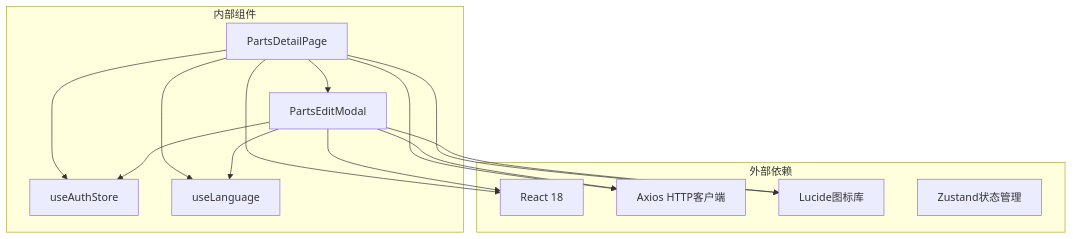
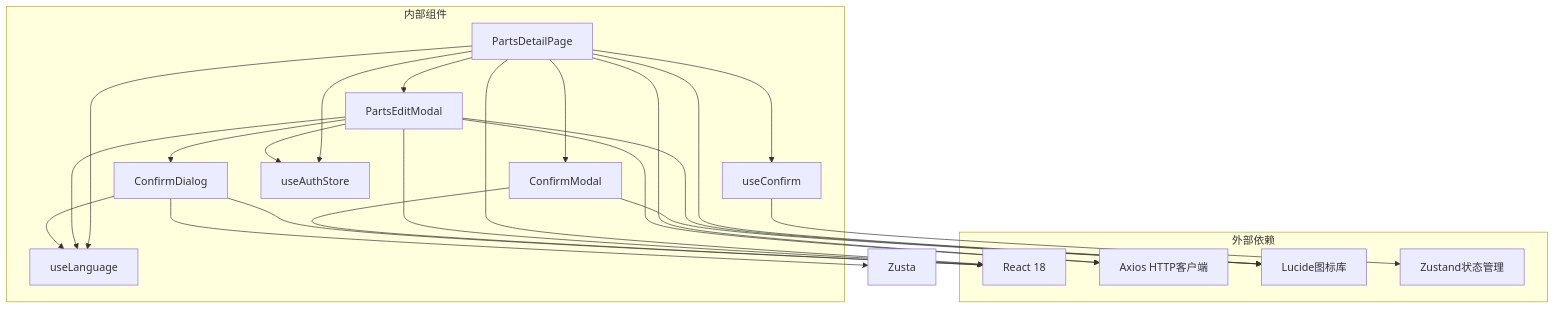
Before and after one commit to CubeEdge/Longhorn: the tenth of 10 diagrams in .qoder/repowiki/zh/content/前端组件架构/配件详情页面组件.md, drawn with Mermaid. The commit also changed other lines of this file and 28 other files, not shown here.

````diff
--- a/.qoder/repowiki/zh/content/前端组件架构/配件详情页面组件.md
+++ b/.qoder/repowiki/zh/content/前端组件架构/配件详情页面组件.md
@@ -257,26 +418,38 @@
 ```mermaid
 graph TB
 subgraph "外部依赖"
 React[React 18]
 Axios[Axios HTTP客户端]
 Lucide[Lucide图标库]
 Zustand[Zustand状态管理]
 end
 subgraph "内部组件"
 PD[PartsDetailPage]
 PEM[PartsEditModal]
+CM[ConfirmModal]
+CD[ConfirmDialog]
+UM[useConfirm]
 AS[useAuthStore]
 LS[useLanguage]
 end
 PD --> React
 PD --> Axios
 PD --> Lucide
 PD --> AS
 PD --> LS
+PD --> CM
+PD --> UM
 PEM --> React
 PEM --> Axios
 PEM --> Lucide
 PEM --> AS
 PEM --> LS
+PEM --> CD
+CM --> React
+CM --> Lucide
+CD --> React
+CD --> Zusta
+CD --> LS
+UM --> Zustand
 PD --> PEM
 ```
````
